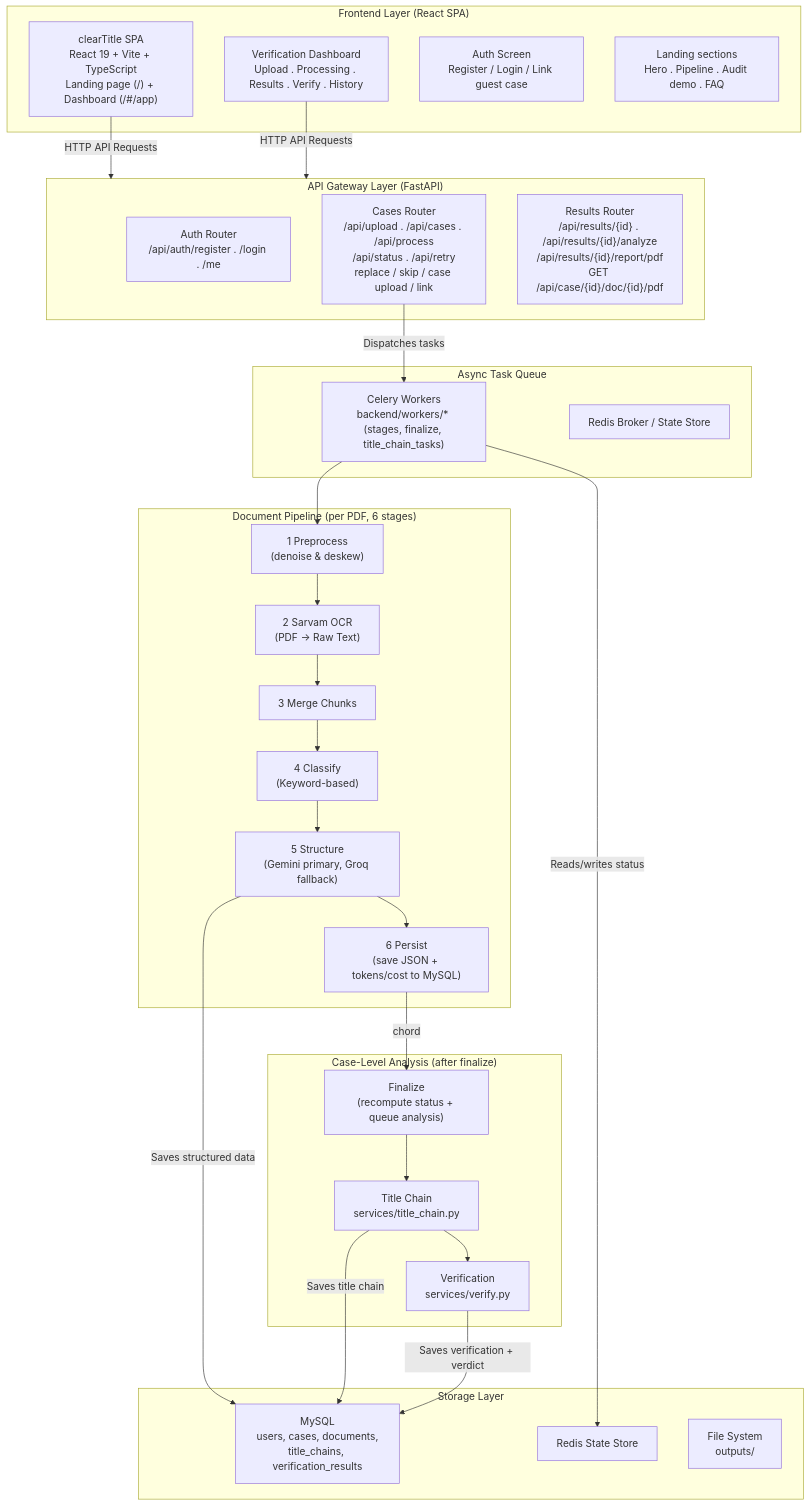
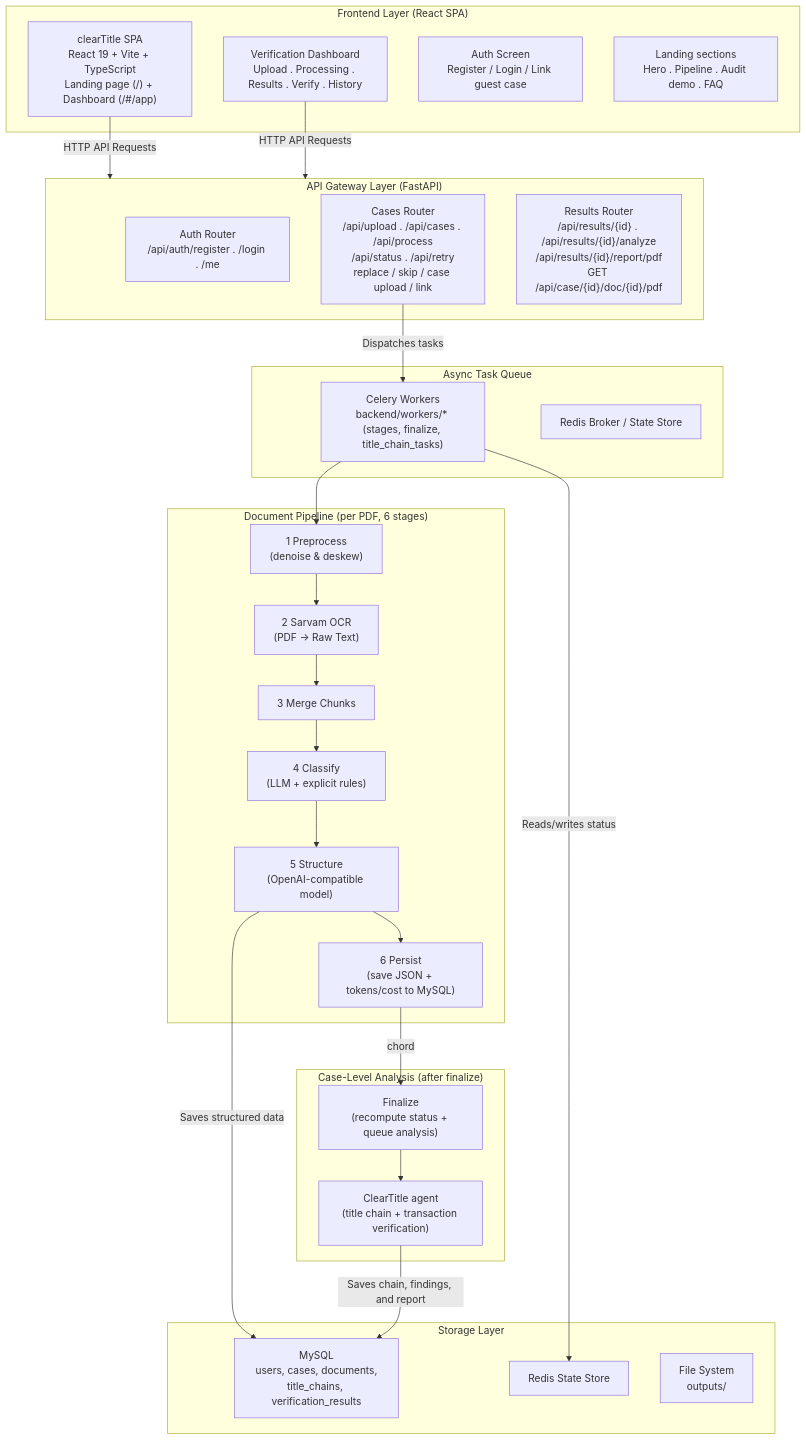
The diagram in README.md (MyMane24/clearTitle), drawn with Mermaid before and after one commit. The commit also changed other lines of this file and 27 other files, not shown here.

First line of the commit message:
chore: remove legacy Gemini and Groq pipeline

````diff
--- a/README.md
+++ b/README.md
@@ -9,52 +9,50 @@
 ```mermaid
 flowchart TD
     subgraph Frontend["Frontend Layer (React SPA)"]
         UI["clearTitle SPA\nReact 19 + Vite + TypeScript\nLanding page (/) + Dashboard (/#/app)"]
         DASH["Verification Dashboard\nUpload . Processing . Results . Verify . History"]
         AUTH["Auth Screen\nRegister / Login / Link guest case"]
         HOME["Landing sections\nHero . Pipeline . Audit demo . FAQ"]
     end
 
     subgraph API["API Gateway Layer (FastAPI)"]
         R_AUTH["Auth Router\n/api/auth/register . /login . /me"]
         R_CASES["Cases Router\n/api/upload . /api/cases . /api/process\n/api/status . /api/retry\nreplace / skip / case upload / link"]
         R_RESULTS["Results Router\n/api/results/{id} . /api/results/{id}/analyze\n/api/results/{id}/report/pdf\nGET /api/case/{id}/doc/{id}/pdf"]
     end
 
     subgraph Orchestration["Async Task Queue"]
         CELERY["Celery Workers\nbackend/workers/* (stages, finalize, title_chain_tasks)"]
         REDIS_BROKER["Redis Broker / State Store"]
     end
 
     subgraph Pipeline["Document Pipeline (per PDF, 6 stages)"]
         PREPROC["1 Preprocess\n(denoise & deskew)"]
         OCR["2 Sarvam OCR\n(PDF -> Raw Text)"]
         MERGE["3 Merge Chunks"]
-        CLASSIFY["4 Classify\n(Keyword-based)"]
-        STRUCTURE["5 Structure\n(Gemini primary, Groq fallback)"]
+        CLASSIFY["4 Classify\n(LLM + explicit rules)"]
+        STRUCTURE["5 Structure\n(OpenAI-compatible model)"]
         PERSIST["6 Persist\n(save JSON + tokens/cost to MySQL)"]
     end
 
     subgraph Analysis["Case-Level Analysis (after finalize)"]
         FINALIZE["Finalize\n(recompute status + queue analysis)"]
-        TITLE["Title Chain\nservices/title_chain.py"]
-        VERIFY["Verification\nservices/verify.py"]
+        AGENT["ClearTitle agent\n(title chain + transaction verification)"]
     end
 
     subgraph Storage["Storage Layer"]
         MYSQL["MySQL\nusers, cases, documents,\ntitle_chains, verification_results"]
         REDIS["Redis State Store"]
         FS["File System\noutputs/"]
     end
 
     UI -->|"HTTP API Requests"| API
     DASH -->|"HTTP API Requests"| API
     R_CASES -->|"Dispatches tasks"| CELERY
     CELERY -->|"Reads/writes status"| REDIS
     CELERY --> PREPROC --> OCR --> MERGE --> CLASSIFY --> STRUCTURE --> PERSIST
     PERSIST -->|"chord"| FINALIZE
-    FINALIZE --> TITLE --> VERIFY
+    FINALIZE --> AGENT
     STRUCTURE -->|"Saves structured data"| MYSQL
-    TITLE -->|"Saves title chain"| MYSQL
-    VERIFY -->|"Saves verification + verdict"| MYSQL
+    AGENT -->|"Saves chain, findings, and report"| MYSQL
 ```
````
